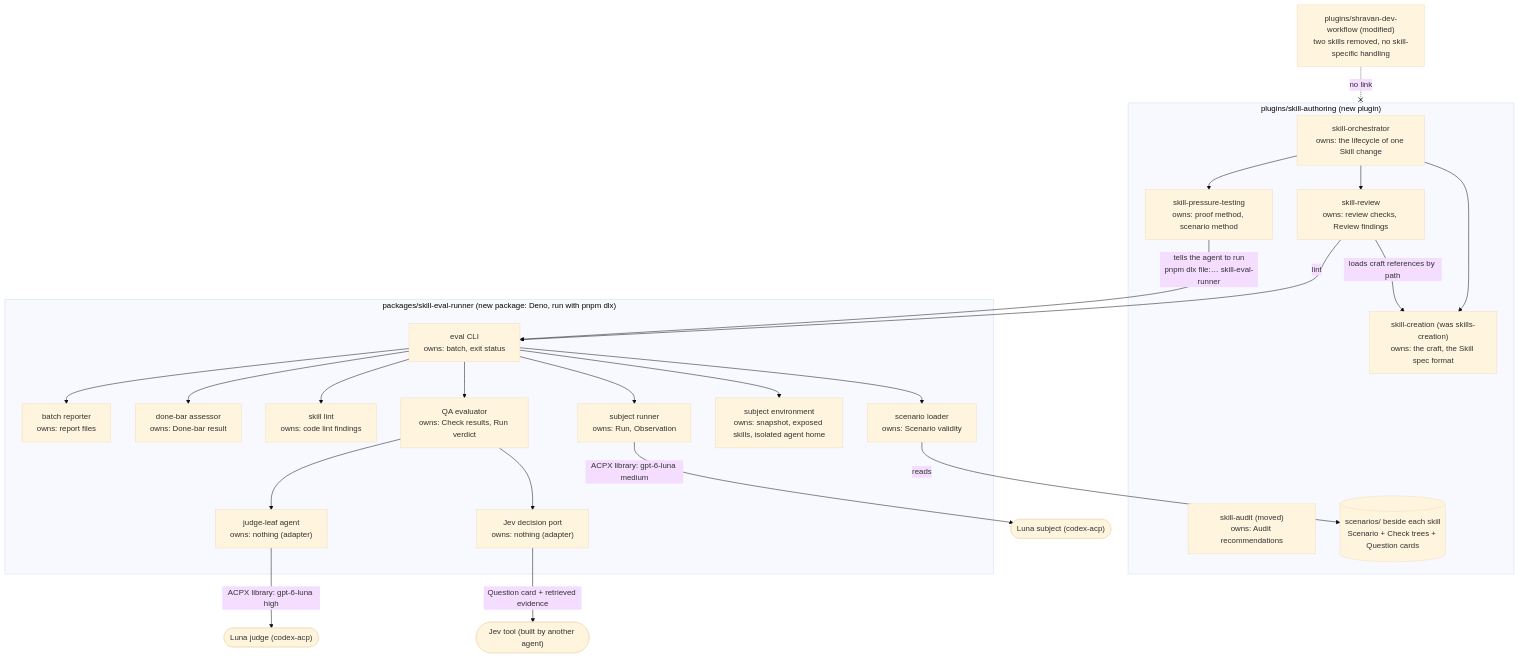
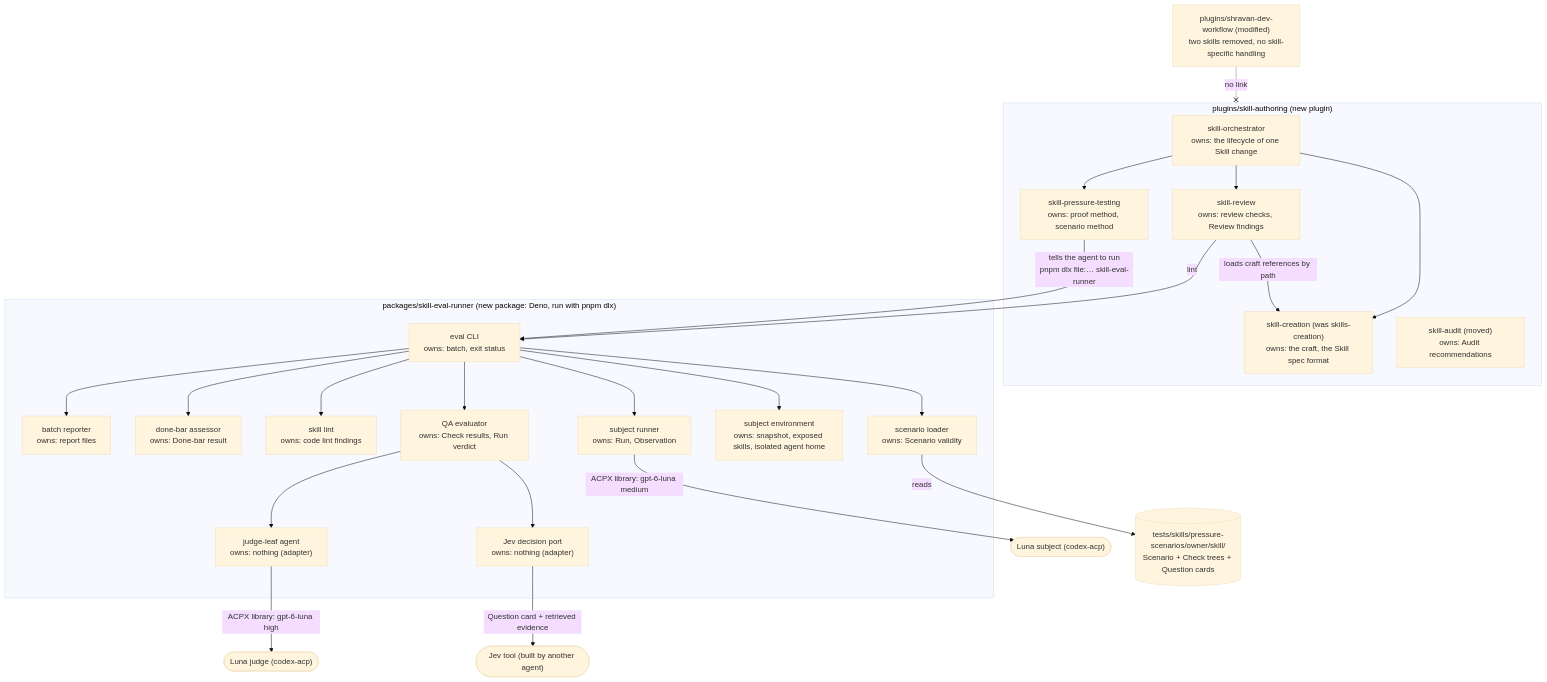
The first of 4 diagrams in docs/specs/2026-10-02-skill-authoring-plugin/2026-10-02-skill-authoring-plugin-program-design.md (ShravanSunder/ai-tools), drawn with Mermaid (base theme) before and after one commit. The commit also changed other lines of this file and 12 other files, not shown here.

First line of the commit message:
Docs: scenarios live under tests/skills/pressure-scenarios

````diff
--- a/docs/specs/2026-10-02-skill-authoring-plugin/2026-10-02-skill-authoring-plugin-program-design.md
+++ b/docs/specs/2026-10-02-skill-authoring-plugin/2026-10-02-skill-authoring-plugin-program-design.md
@@ -14,35 +14,35 @@
 ```mermaid
 flowchart TB
   subgraph PLUGIN["plugins/skill-authoring (new plugin)"]
     ORCH["skill-orchestrator<br/>owns: the lifecycle of one Skill change"]
     CREATE["skill-creation (was skills-creation)<br/>owns: the craft, the Skill spec format"]
     REVIEW["skill-review<br/>owns: review checks, Review findings"]
     PRESS["skill-pressure-testing<br/>owns: proof method, scenario method"]
     AUDIT["skill-audit (moved)<br/>owns: Audit recommendations"]
-    SCEN[("scenarios/ beside each skill<br/>Scenario + Check trees + Question cards")]
   end
   subgraph RUNNER["packages/skill-eval-runner (new package: Deno, run with pnpm dlx)"]
     CLI["eval CLI<br/>owns: batch, exit status"]
     LOAD["scenario loader<br/>owns: Scenario validity"]
     ENV["subject environment<br/>owns: snapshot, exposed skills, isolated agent home"]
     SUBJ["subject runner<br/>owns: Run, Observation"]
     QA["QA evaluator<br/>owns: Check results, Run verdict"]
     JEV["Jev decision port<br/>owns: nothing (adapter)"]
     JUDGE["judge-leaf agent<br/>owns: nothing (adapter)"]
     LINT["skill lint<br/>owns: code lint findings"]
     BAR["done-bar assessor<br/>owns: Done-bar result"]
     REP["batch reporter<br/>owns: report files"]
   end
+  SCEN[("tests/skills/pressure-scenarios/owner/skill/<br/>Scenario + Check trees + Question cards")]
   SDW["plugins/shravan-dev-workflow (modified)<br/>two skills removed, no skill-specific handling"]
   ORCH --> CREATE & REVIEW & PRESS
   REVIEW -- "loads craft references by path" --> CREATE
   PRESS -- "tells the agent to run<br/>pnpm dlx file:… skill-eval-runner" --> CLI
   REVIEW -- "lint" --> CLI
   CLI --> LOAD & ENV & SUBJ & QA & LINT & BAR & REP
   LOAD -- reads --> SCEN
   SUBJ -- "ACPX library: gpt-6-luna medium" --> EXT1(["Luna subject (codex-acp)"])
   QA --> JEV & JUDGE
   JEV -- "Question card + retrieved evidence" --> EXT2(["Jev tool (built by another agent)"])
   JUDGE -- "ACPX library: gpt-6-luna high" --> EXT3(["Luna judge (codex-acp)"])
   SDW -. "no link" .-x PLUGIN
 ```
````
